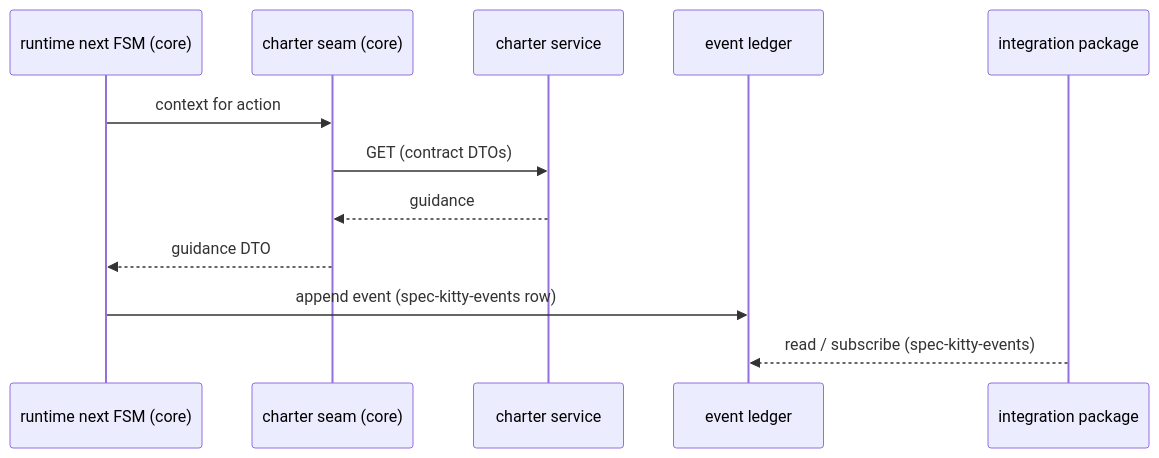
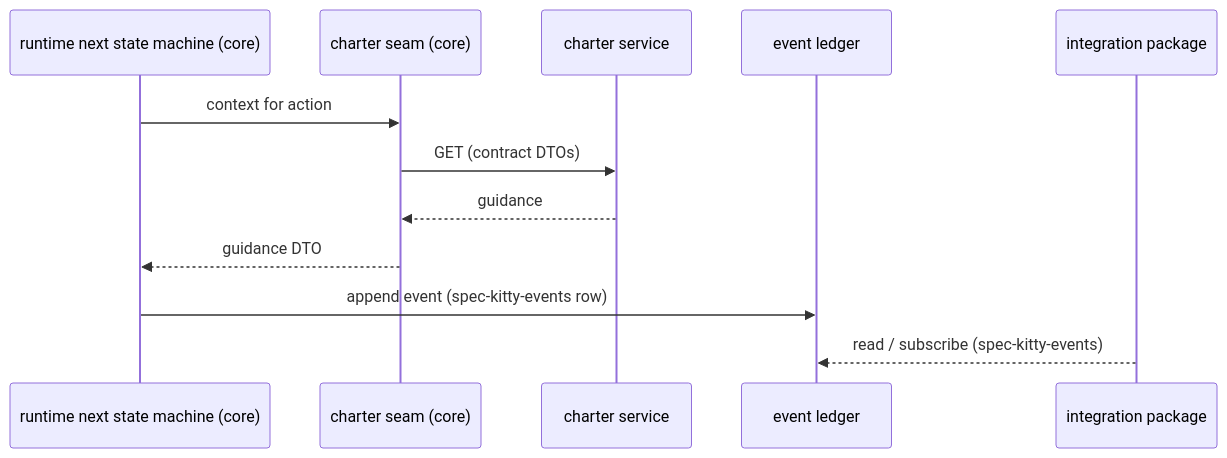
Before and after one commit to spec-kitty/spec-kitty-charter: the diagram in docs/architecture/events-and-ledger.md, drawn with Mermaid. The commit also changed other lines of this file and 22 other files, not shown here.

````diff
--- a/docs/architecture/events-and-ledger.md
+++ b/docs/architecture/events-and-ledger.md
@@ -43,14 +43,14 @@
 ```mermaid
 sequenceDiagram
-  participant FSM as runtime next FSM (core)
+  participant FSM as runtime next state machine (core)
   participant Seam as charter seam (core)
   participant Svc as charter service
   participant Ledger as event ledger
   participant Sub as integration package
   FSM->>Seam: context for action
   Seam->>Svc: GET (contract DTOs)
   Svc-->>Seam: guidance
   Seam-->>FSM: guidance DTO
   FSM->>Ledger: append event (spec-kitty-events row)
   Sub-->>Ledger: read / subscribe (spec-kitty-events)
 ```
````
